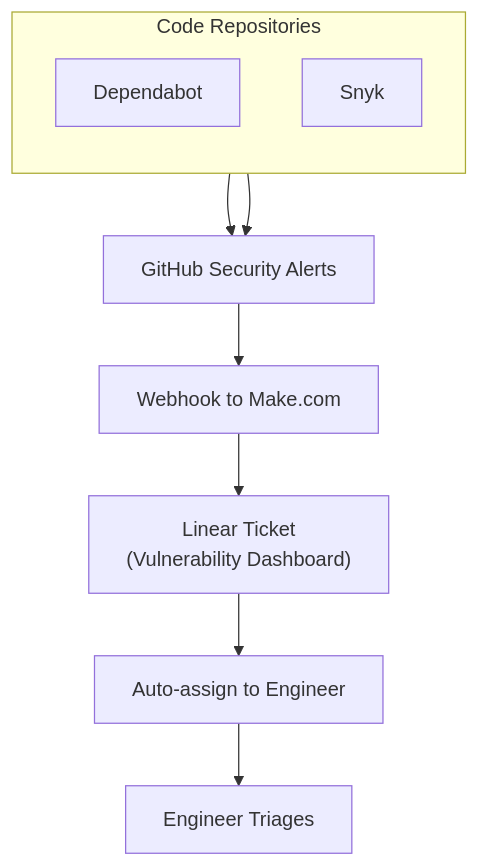
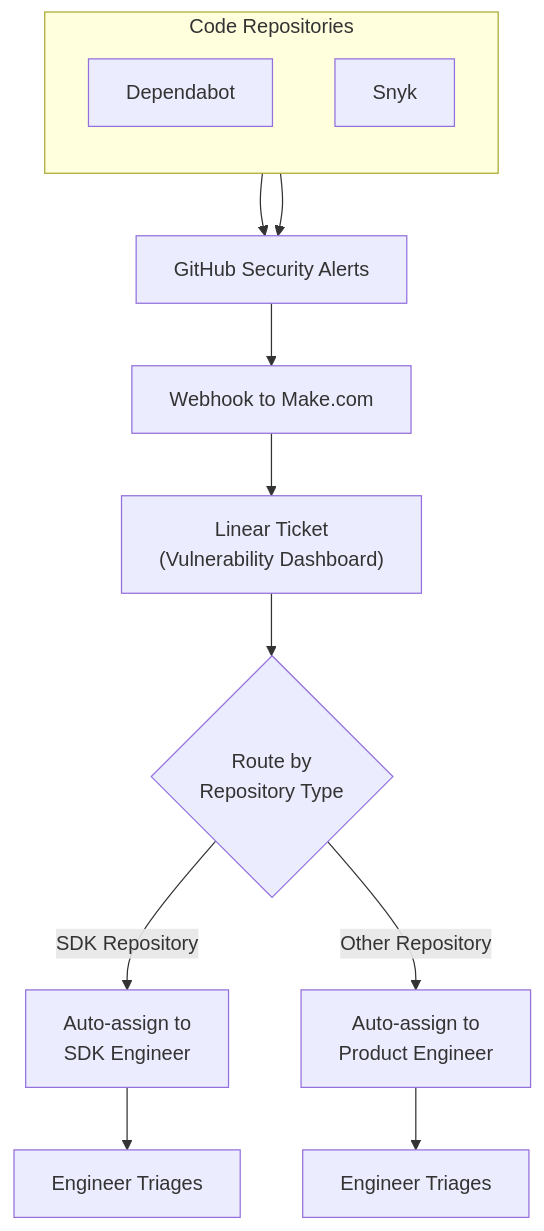
The second of 2 diagrams in pages/handbook/product-engineering/playbooks/vulnerability-handling.mdx (langfuse/langfuse-docs), drawn with Mermaid before and after one commit. The commit also changed other lines of this file, not shown here.

Commit message:
add vulnerability process

````diff
--- a/pages/handbook/product-engineering/playbooks/vulnerability-handling.mdx
+++ b/pages/handbook/product-engineering/playbooks/vulnerability-handling.mdx
@@ -27,16 +27,21 @@
 ```mermaid
 flowchart TD
     subgraph Repos["Code Repositories"]
         direction TB
         Dependabot["Dependabot"]
         Snyk["Snyk"]
     end
 
     Dependabot --> GitHub["GitHub Security Alerts"]
     Snyk --> GitHub
 
     GitHub --> Make["Webhook to Make.com"]
     Make --> Linear["Linear Ticket<br/>(Vulnerability Dashboard)"]
-    Linear --> AutoAssign["Auto-assign to Engineer"]
-    AutoAssign --> Engineer["Engineer Triages"]
+    Linear --> Route{"Route by<br/>Repository Type"}
+
+    Route -->|SDK Repository| SDKEngineer["Auto-assign to<br/>SDK Engineer"]
+    Route -->|Other Repository| ProductEngineer["Auto-assign to<br/>Product Engineer"]
+
+    SDKEngineer --> Triage1["Engineer Triages"]
+    ProductEngineer --> Triage2["Engineer Triages"]
 ```
````
